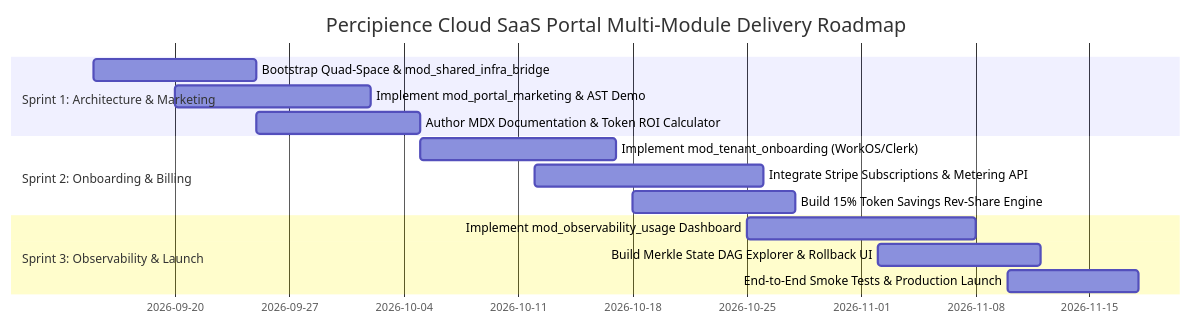
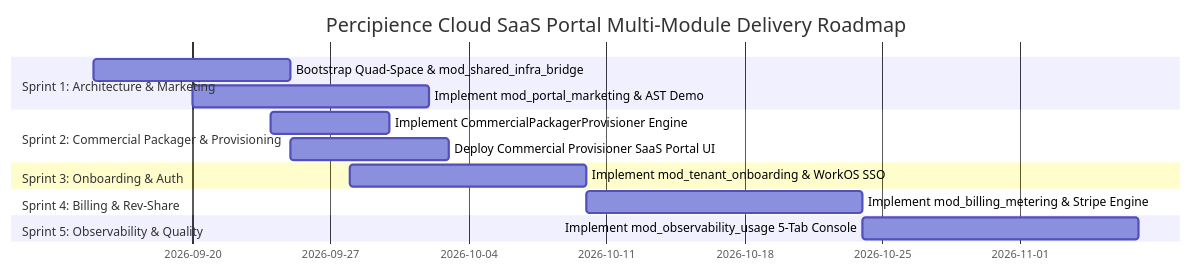
Before and after one commit to lakhwindersingh/nb_fairyfly: the second of 2 diagrams in .nb/plan/l2/corp-site-saas-portal/detailed.md, drawn with Mermaid. The commit also changed other lines of this file and 16 other files, not shown here.

````diff
--- a/.nb/plan/l2/corp-site-saas-portal/detailed.md
+++ b/.nb/plan/l2/corp-site-saas-portal/detailed.md
@@ -444,19 +153,17 @@
 ```mermaid
 gantt
   title Percipience Cloud SaaS Portal Multi-Module Delivery Roadmap
   dateFormat  YYYY-MM-DD
   section Sprint 1: Architecture & Marketing
   Bootstrap Quad-Space & mod_shared_infra_bridge  :s1_1, 2026-09-15, 10d
   Implement mod_portal_marketing & AST Demo       :s1_2, 2026-09-20, 12d
-  Author MDX Documentation & Token ROI Calculator :s1_3, 2026-09-25, 10d
-
-  section Sprint 2: Onboarding & Billing
-  Implement mod_tenant_onboarding (WorkOS/Clerk)  :s2_1, 2026-10-05, 12d
-  Integrate Stripe Subscriptions & Metering API   :s2_2, 2026-10-12, 14d
-  Build 15% Token Savings Rev-Share Engine        :s2_3, 2026-10-18, 10d
-
-  section Sprint 3: Observability & Launch
-  Implement mod_observability_usage Dashboard    :s3_1, 2026-10-25, 14d
-  Build Merkle State DAG Explorer & Rollback UI   :s3_2, 2026-11-02, 10d
-  End-to-End Smoke Tests & Production Launch      :s3_3, 2026-11-10, 8d
+  section Sprint 2: Commercial Packager & Provisioning
+  Implement CommercialPackagerProvisioner Engine  :s2_1, 2026-09-24, 6d
+  Deploy Commercial Provisioner SaaS Portal UI    :s2_2, 2026-09-25, 8d
+  section Sprint 3: Onboarding & Auth
+  Implement mod_tenant_onboarding & WorkOS SSO    :s3_1, 2026-09-28, 12d
+  section Sprint 4: Billing & Rev-Share
+  Implement mod_billing_metering & Stripe Engine   :s4_1, 2026-10-10, 14d
+  section Sprint 5: Observability & Quality
+  Implement mod_observability_usage 5-Tab Console :s5_1, 2026-10-24, 14d
 ```
````
